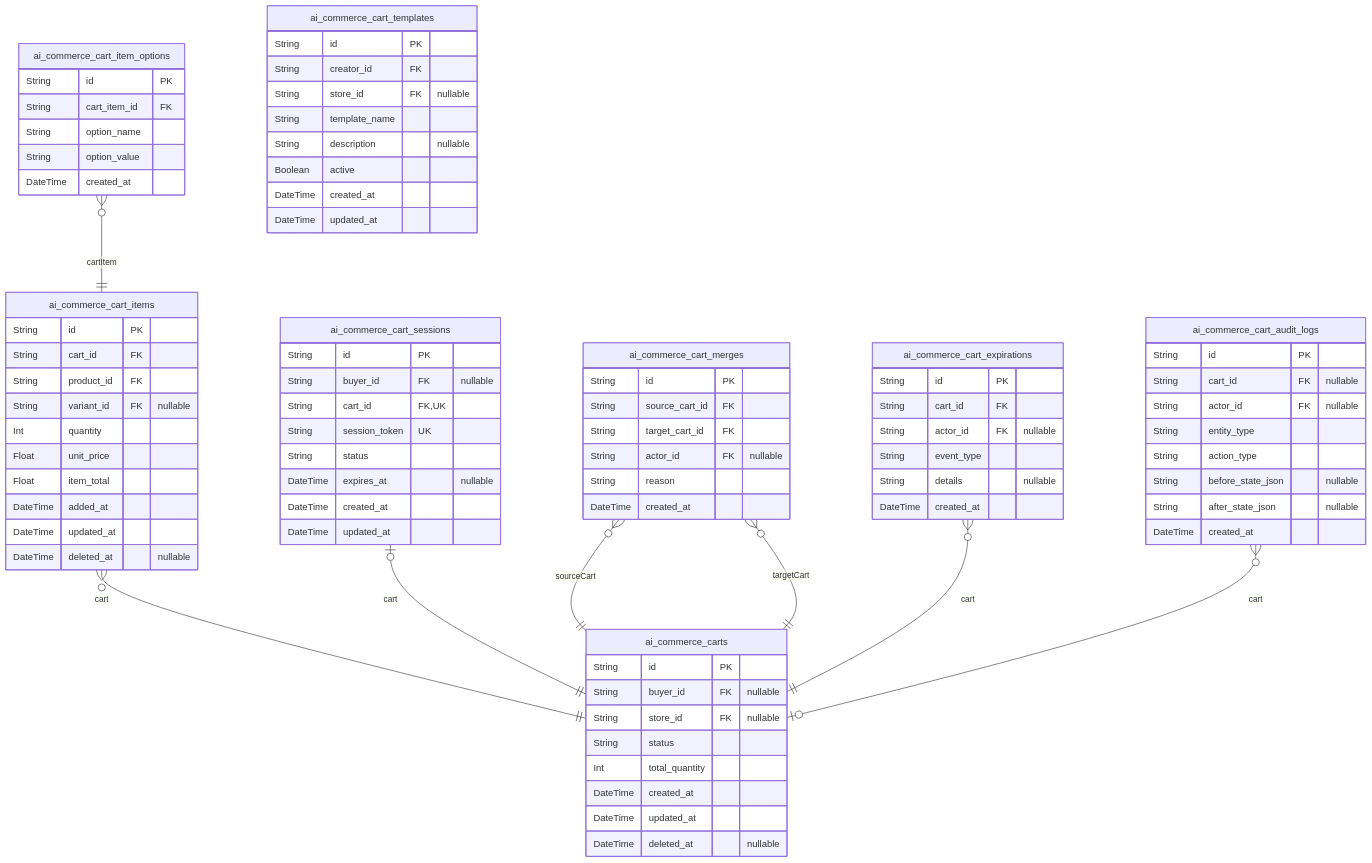
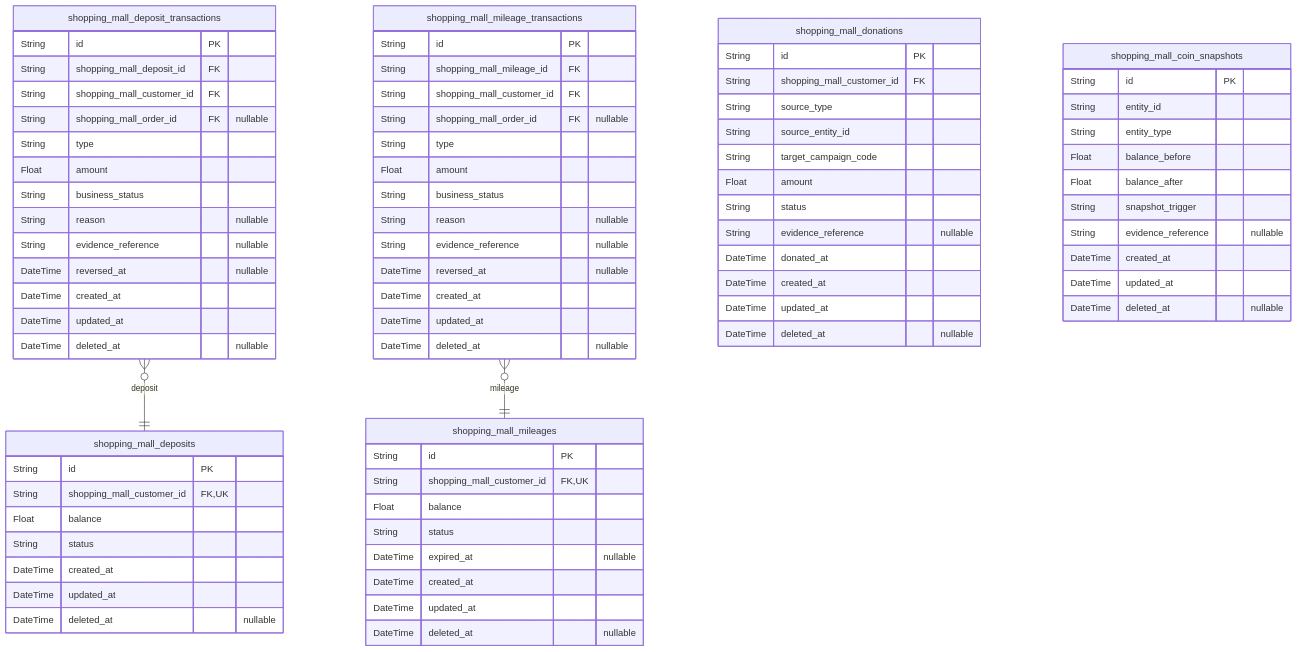
One commit to wrtnlabs/autobe-example-shopping-openai-gpt-4.1 changed the sixth of 11 diagrams in docs/ERD.md. Above: the diagram before and after it, drawn with Mermaid. The commit also changed other lines of this file and 2647 other files, not shown here.

````diff
--- a/docs/ERD.md
+++ b/docs/ERD.md
@@ -1695,85 +1616,80 @@
 ```mermaid
 erDiagram
-"ai_commerce_carts" {
+"shopping_mall_deposits" {
   String id PK
-  String buyer_id FK "nullable"
-  String store_id FK "nullable"
+  String shopping_mall_customer_id FK,UK
+  Float balance
   String status
-  Int total_quantity
   DateTime created_at
   DateTime updated_at
   DateTime deleted_at "nullable"
 }
-"ai_commerce_cart_items" {
+"shopping_mall_deposit_transactions" {
   String id PK
-  String cart_id FK
-  String product_id FK
-  String variant_id FK "nullable"
-  Int quantity
-  Float unit_price
-  Float item_total
-  DateTime added_at
+  String shopping_mall_deposit_id FK
+  String shopping_mall_customer_id FK
+  String shopping_mall_order_id FK "nullable"
+  String type
+  Float amount
+  String business_status
+  String reason "nullable"
+  String evidence_reference "nullable"
+  DateTime reversed_at "nullable"
+  DateTime created_at
   DateTime updated_at
   DateTime deleted_at "nullable"
 }
-"ai_commerce_cart_item_options" {
+"shopping_mall_mileages" {
   String id PK
-  String cart_item_id FK
-  String option_name
-  String option_value
-  DateTime created_at
-}
-"ai_commerce_cart_sessions" {
-  String id PK
-  String buyer_id FK "nullable"
-  String cart_id FK,UK
-  String session_token UK
+  String shopping_mall_customer_id FK,UK
+  Float balance
   String status
-  DateTime expires_at "nullable"
+  DateTime expired_at "nullable"
   DateTime created_at
   DateTime updated_at
+  DateTime deleted_at "nullable"
 }
-"ai_commerce_cart_templates" {
+"shopping_mall_mileage_transactions" {
   String id PK
-  String creator_id FK
-  String store_id FK "nullable"
-  String template_name
-  String description "nullable"
-  Boolean active
+  String shopping_mall_mileage_id FK
+  String shopping_mall_customer_id FK
+  String shopping_mall_order_id FK "nullable"
+  String type
+  Float amount
+  String business_status
+  String reason "nullable"
+  String evidence_reference "nullable"
+  DateTime reversed_at "nullable"
   DateTime created_at
   DateTime updated_at
+  DateTime deleted_at "nullable"
 }
-"ai_commerce_cart_merges" {
+"shopping_mall_donations" {
   String id PK
-  String source_cart_id FK
-  String target_cart_id FK
-  String actor_id FK "nullable"
-  String reason
+  String shopping_mall_customer_id FK
+  String source_type
+  String source_entity_id
+  String target_campaign_code
+  Float amount
+  String status
+  String evidence_reference "nullable"
+  DateTime donated_at
   DateTime created_at
+  DateTime updated_at
+  DateTime deleted_at "nullable"
 }
-"ai_commerce_cart_expirations" {
+"shopping_mall_coin_snapshots" {
   String id PK
-  String cart_id FK
-  String actor_id FK "nullable"
-  String event_type
-  String details "nullable"
+  String entity_id
+  String entity_type
+  Float balance_before
+  Float balance_after
+  String snapshot_trigger
+  String evidence_reference "nullable"
   DateTime created_at
+  DateTime updated_at
+  DateTime deleted_at "nullable"
 }
-"ai_commerce_cart_audit_logs" {
-  String id PK
-  String cart_id FK "nullable"
-  String actor_id FK "nullable"
-  String entity_type
-  String action_type
-  String before_state_json "nullable"
-  String after_state_json "nullable"
-  DateTime created_at
-}
-"ai_commerce_cart_items" }o--|| "ai_commerce_carts" : cart
-"ai_commerce_cart_item_options" }o--|| "ai_commerce_cart_items" : cartItem
-"ai_commerce_cart_sessions" |o--|| "ai_commerce_carts" : cart
-"ai_commerce_cart_merges" }o--|| "ai_commerce_carts" : sourceCart
-"ai_commerce_cart_merges" }o--|| "ai_commerce_carts" : targetCart
-"ai_commerce_cart_expirations" }o--|| "ai_commerce_carts" : cart
-"ai_commerce_cart_audit_logs" }o--o| "ai_commerce_carts" : cart
+"shopping_mall_deposit_transactions" }o--|| "shopping_mall_deposits" : deposit
+"shopping_mall_mileage_transactions" }o--|| "shopping_mall_mileages" : mileage
 ```
````
